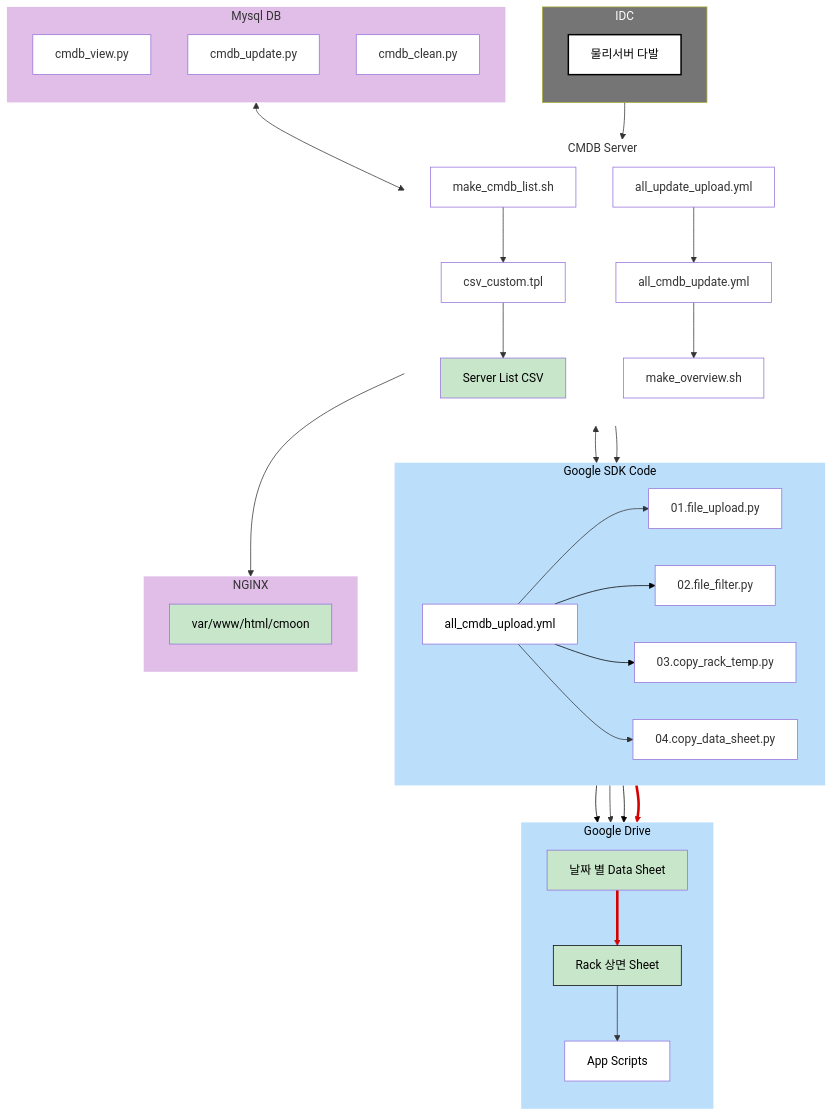
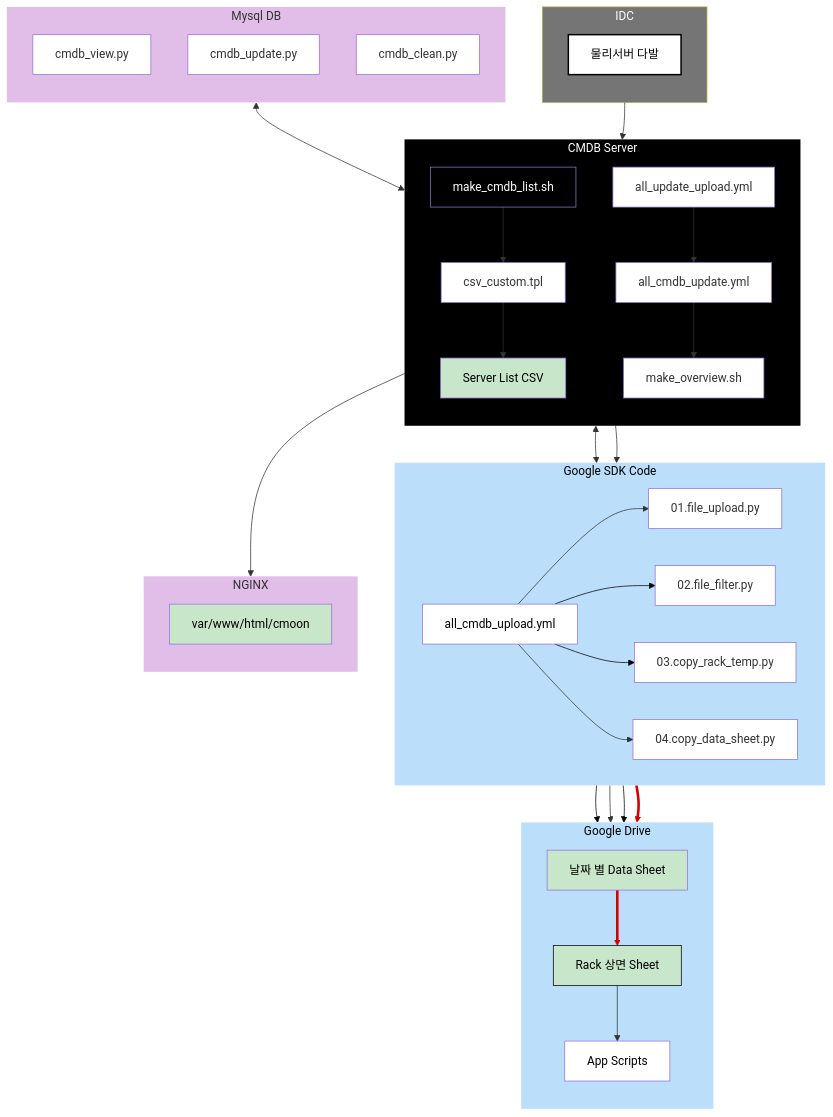
Before and after one commit to Luminous-Flame/blog: the diagram in content/03.Dev/C-Moon/01. 구성 요소.md, drawn with Mermaid.

Commit message:
Update content content/03.Dev/C-Moon/01. 구성 요소.md

```diff
--- a/content/03.Dev/C-Moon/01. 구성 요소.md
+++ b/content/03.Dev/C-Moon/01. 구성 요소.md
@@ -127,7 +127,7 @@
 
 style IS1 fill:#FFFFFF,stroke:#000000,stroke-width:2px,color:#000000
 
-style CMDB1 fill:#FFFFFF
+style CMDB1 fill:#000000,color:#FFFFFF
 
 style n14 fill:#FFFFFF
 
@@ -167,7 +167,7 @@
 
 style CMDB_Update fill:#E1BEE7,stroke:none,stroke-width:2px
 
-style s2 fill:#FFFFFF,stroke:none
+style s2 fill:#000000,stroke:none,color:#FFFFFF
 
 style IDC_Server fill:#757575,color:#FFFFFF
 
```
